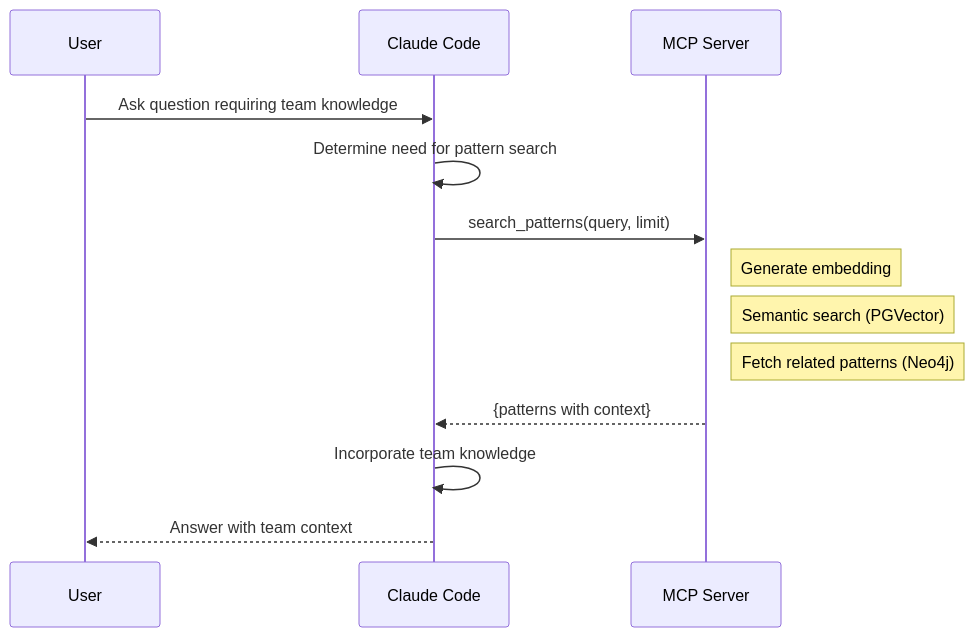
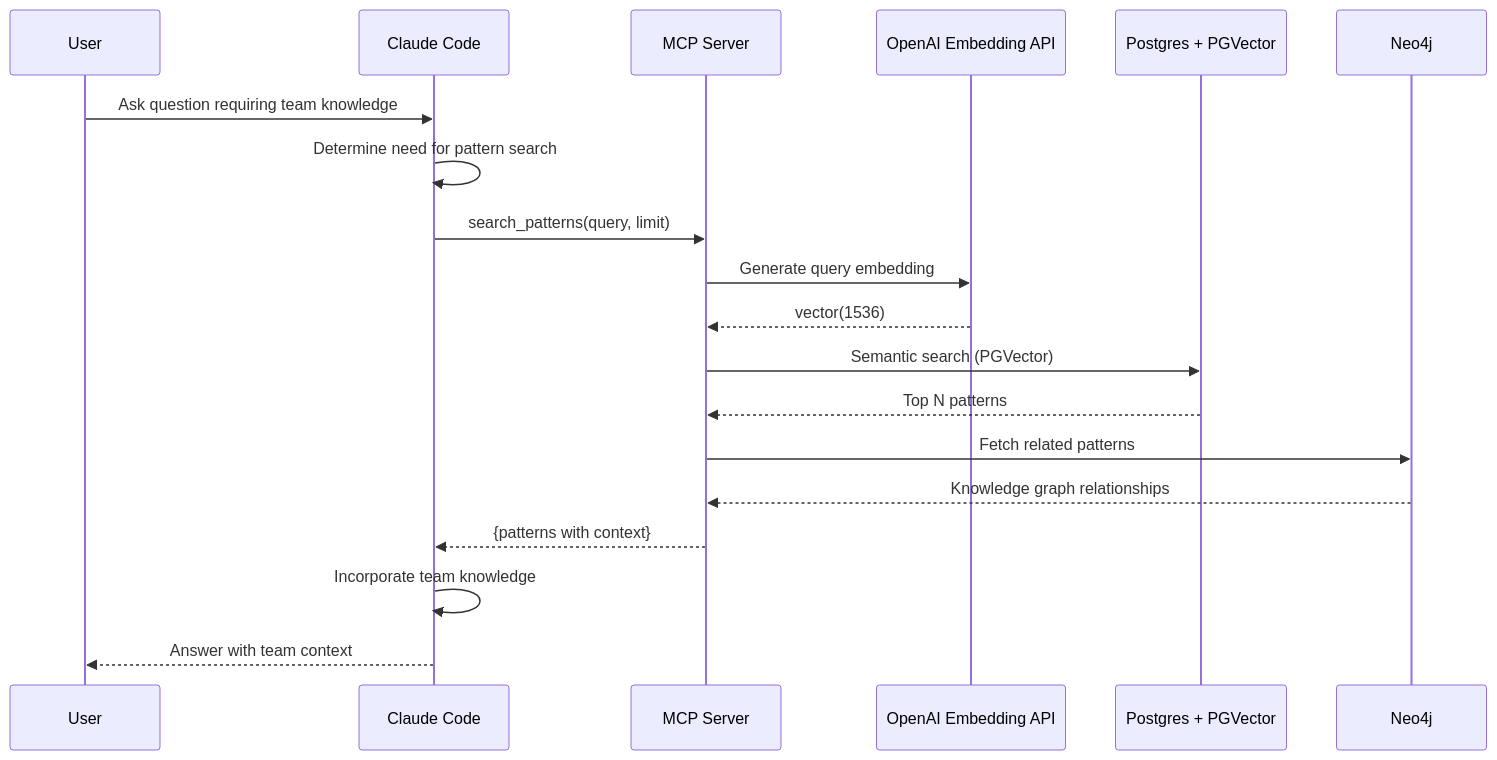
Before and after one commit to twistingmercury/mnemonic-mcp: the second of 5 diagrams in docs/architecture/03-communication-patterns.md, drawn with Mermaid. The commit also changed other lines of this file and 40 other files, not shown here.

Commit message:
communication patterns and mcp-tools docs complete

````diff
--- a/docs/architecture/03-communication-patterns.md
+++ b/docs/architecture/03-communication-patterns.md
@@ -65,18 +55,27 @@
 ```mermaid
 sequenceDiagram
     participant User
     participant CC as Claude Code
     participant MCP as MCP Server
+    participant OPENAI as OpenAI Embedding API
+    participant PG as Postgres + PGVector
+    participant NEO as Neo4j
 
     User->>CC: Ask question requiring team knowledge
     CC->>CC: Determine need for pattern search
 
     CC->>MCP: search_patterns(query, limit)
-    Note right of MCP: Generate embedding
-    Note right of MCP: Semantic search (PGVector)
-    Note right of MCP: Fetch related patterns (Neo4j)
+
+    MCP->>OPENAI: Generate query embedding
+    OPENAI-->>MCP: vector(1536)
+    MCP->>PG: Semantic search (PGVector)
+    PG-->>MCP: Top N patterns
+
+    MCP->>NEO: Fetch related patterns
+    NEO-->>MCP: Knowledge graph relationships
+
     MCP-->>CC: {patterns with context}
 
     CC->>CC: Incorporate team knowledge
     CC-->>User: Answer with team context
 ```
````
